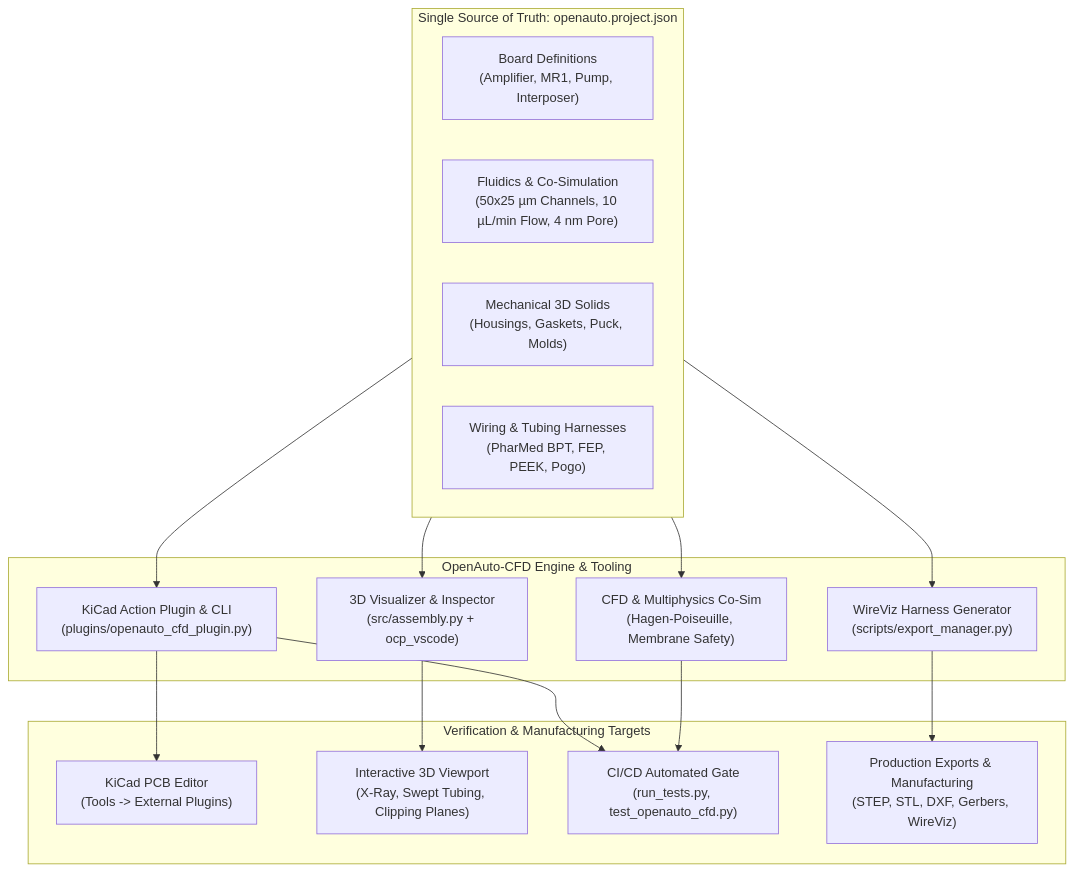
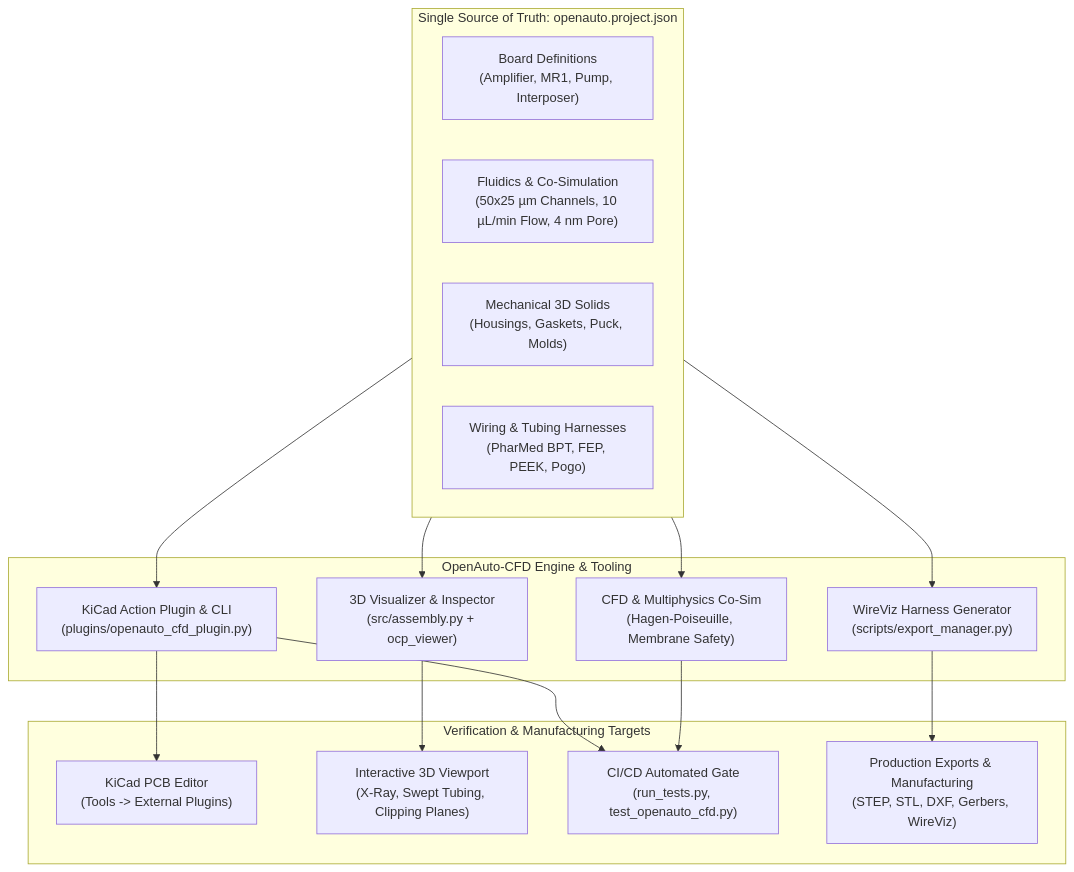
The diagram in docs/OPENAUTO_CFD.md (EpicQuestBio/MR1), drawn with Mermaid before and after one commit. The commit also changed other lines of this file and 7 other files, not shown here.

Commit message:
Migrate interactive visualizer and scripts from ocp_vscode to ocp_viewer

````diff
--- a/docs/OPENAUTO_CFD.md
+++ b/docs/OPENAUTO_CFD.md
@@ -27,34 +27,34 @@
 ```mermaid
 flowchart TD
     subgraph Manifest ["Single Source of Truth: openauto.project.json"]
         M1["Board Definitions<br>(Amplifier, MR1, Pump, Interposer)"]
         M2["Fluidics & Co-Simulation<br>(50x25 µm Channels, 10 µL/min Flow, 4 nm Pore)"]
         M3["Mechanical 3D Solids<br>(Housings, Gaskets, Puck, Molds)"]
         M4["Wiring & Tubing Harnesses<br>(PharMed BPT, FEP, PEEK, Pogo)"]
     end
 
     subgraph Engines ["OpenAuto-CFD Engine & Tooling"]
         KP["KiCad Action Plugin & CLI<br>(plugins/openauto_cfd_plugin.py)"]
-        VIS["3D Visualizer & Inspector<br>(src/assembly.py + ocp_vscode)"]
+        VIS["3D Visualizer & Inspector<br>(src/assembly.py + ocp_viewer)"]
         COSIM["CFD & Multiphysics Co-Sim<br>(Hagen-Poiseuille, Membrane Safety)"]
         WV["WireViz Harness Generator<br>(scripts/export_manager.py)"]
     end
 
     subgraph Targets ["Verification & Manufacturing Targets"]
         T1["KiCad PCB Editor<br>(Tools -> External Plugins)"]
         T2["Interactive 3D Viewport<br>(X-Ray, Swept Tubing, Clipping Planes)"]
         T3["CI/CD Automated Gate<br>(run_tests.py, test_openauto_cfd.py)"]
         T4["Production Exports & Manufacturing<br>(STEP, STL, DXF, Gerbers, WireViz)"]
     end
 
     Manifest --> KP
     Manifest --> VIS
     Manifest --> COSIM
     Manifest --> WV
 
     KP --> T1
     KP --> T3
     VIS --> T2
     COSIM --> T3
     WV --> T4
 ```
````
